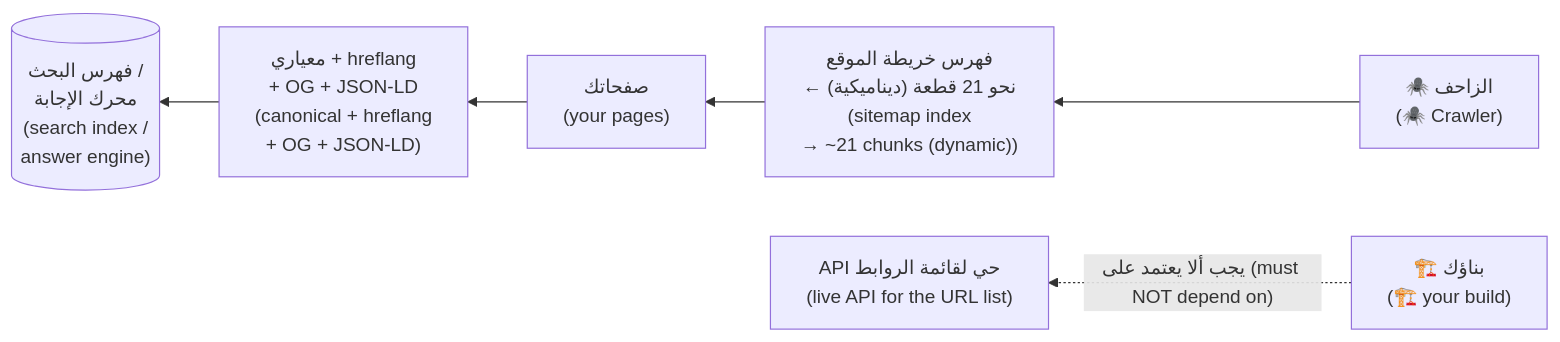
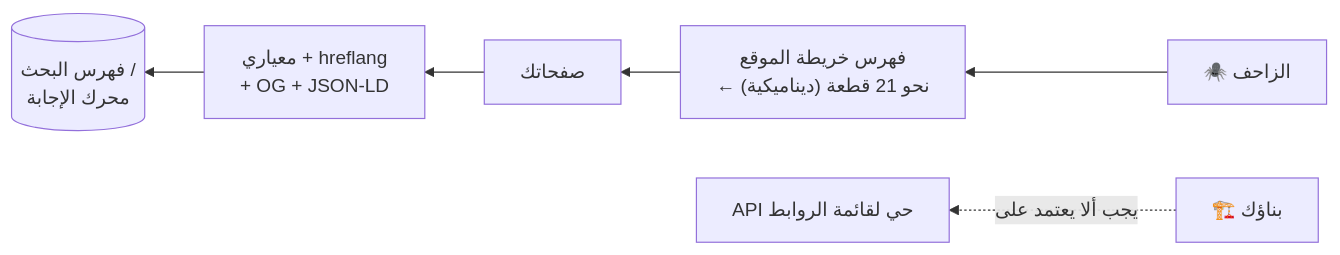
Before and after one commit to Tamoura/system-design-for-vibe-coders: the third of 5 diagrams in modules/11-reaching-the-world/module.ar.md, drawn with Mermaid. The commit also changed other lines of this file and 551 other files, not shown here.

````diff
--- a/modules/11-reaching-the-world/module.ar.md
+++ b/modules/11-reaching-the-world/module.ar.md
@@ -236,8 +236,8 @@
 ```mermaid
 flowchart RL
-    C["🕷️ الزاحف<br/>(🕷️ Crawler)"] --> S["فهرس خريطة الموقع<br/>← نحو 21 قطعة (ديناميكية)<br/>(sitemap index<br/>→ ~21 chunks (dynamic))"]
-    S --> P["صفحاتك<br/>(your pages)"]
-    P --> M["معياري + hreflang<br/>+ OG + JSON-LD<br/>(canonical + hreflang<br/>+ OG + JSON-LD)"]
-    M --> I[("فهرس البحث /<br/>محرك الإجابة<br/>(search index /<br/>answer engine)")]
-    B["🏗️ بناؤك<br/>(🏗️ your build)"] -.->|"يجب ألا يعتمد على (must NOT depend on)"| API["API حي لقائمة الروابط<br/>(live API for the URL list)"]
+    C["🕷️ الزاحف"] --> S["فهرس خريطة الموقع<br/>← نحو 21 قطعة (ديناميكية)"]
+    S --> P["صفحاتك"]
+    P --> M["معياري + hreflang<br/>+ OG + JSON-LD"]
+    M --> I[("فهرس البحث /<br/>محرك الإجابة")]
+    B["🏗️ بناؤك"] -.->|"يجب ألا يعتمد على"| API["API حي لقائمة الروابط"]
 ```
````
